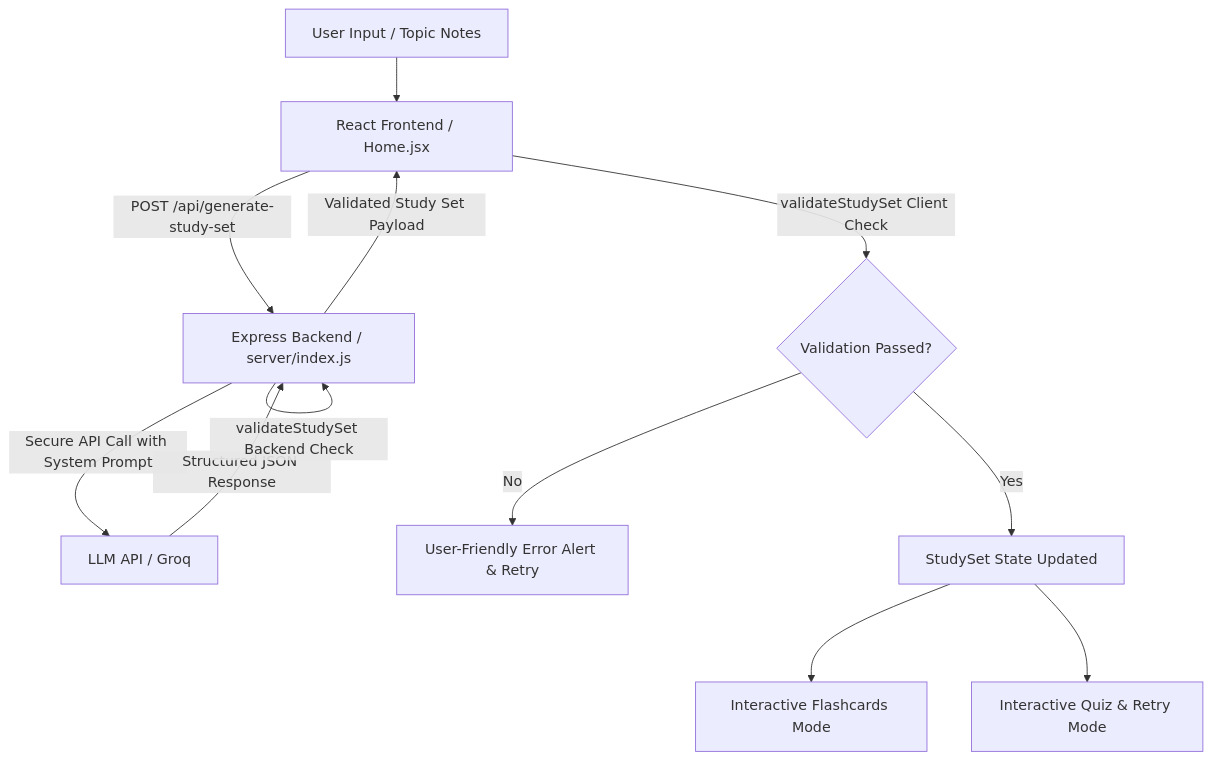
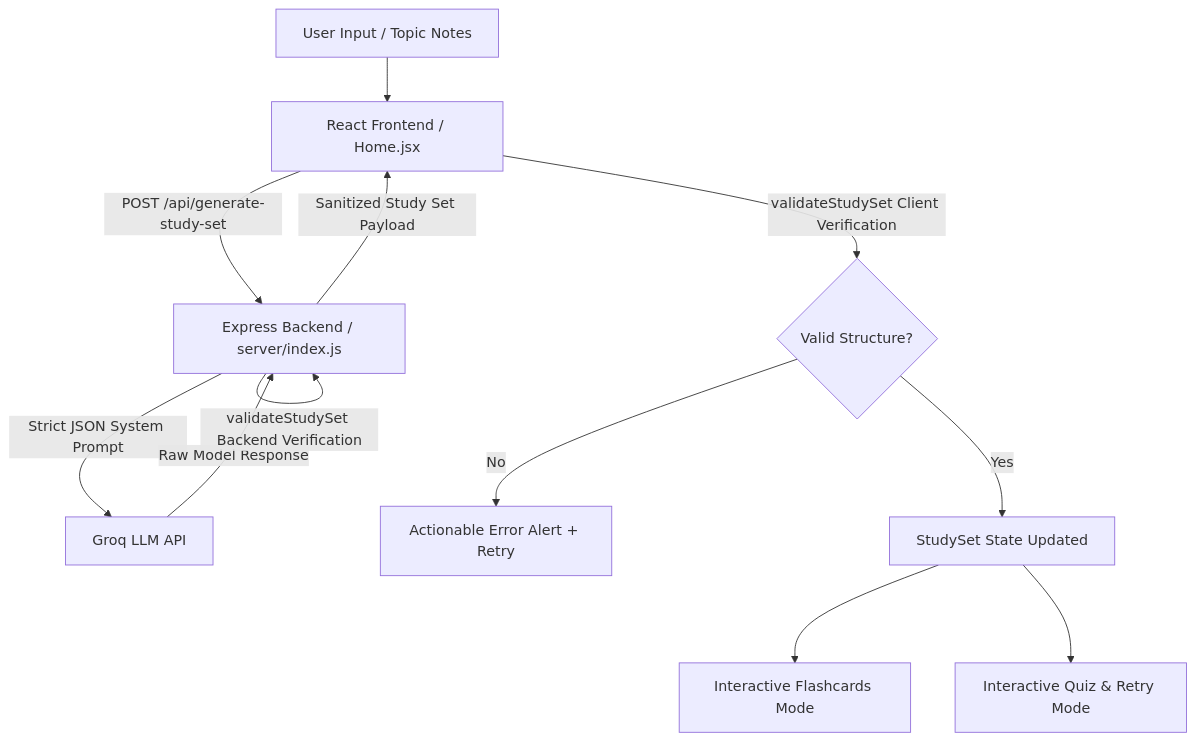
The diagram in README.md (adarsh062/Study-Assistant), drawn with Mermaid before and after one commit. The commit also changed other lines of this file and 12 other files, not shown here.

````diff
--- a/README.md
+++ b/README.md
@@ -104,14 +123,14 @@
 ```mermaid
 graph TD
     A[User Input / Topic Notes] --> B[React Frontend / Home.jsx]
     B -->|POST /api/generate-study-set| C[Express Backend / server/index.js]
-    C -->|Secure API Call with System Prompt| D[LLM API / Groq]
-    D -->|Structured JSON Response| C
-    C -->|validateStudySet Backend Check| C
-    C -->|Validated Study Set Payload| B
-    B -->|validateStudySet Client Check| E{Validation Passed?}
+    C -->|Strict JSON System Prompt| D[Groq LLM API]
+    D -->|Raw Model Response| C
+    C -->|validateStudySet Backend Verification| C
+    C -->|Sanitized Study Set Payload| B
+    B -->|validateStudySet Client Verification| E{Valid Structure?}
     E -->|Yes| F[StudySet State Updated]
-    E -->|No| G[User-Friendly Error Alert & Retry]
+    E -->|No| G[Actionable Error Alert + Retry]
     F --> H[Interactive Flashcards Mode]
     F --> I[Interactive Quiz & Retry Mode]
 ```
````
